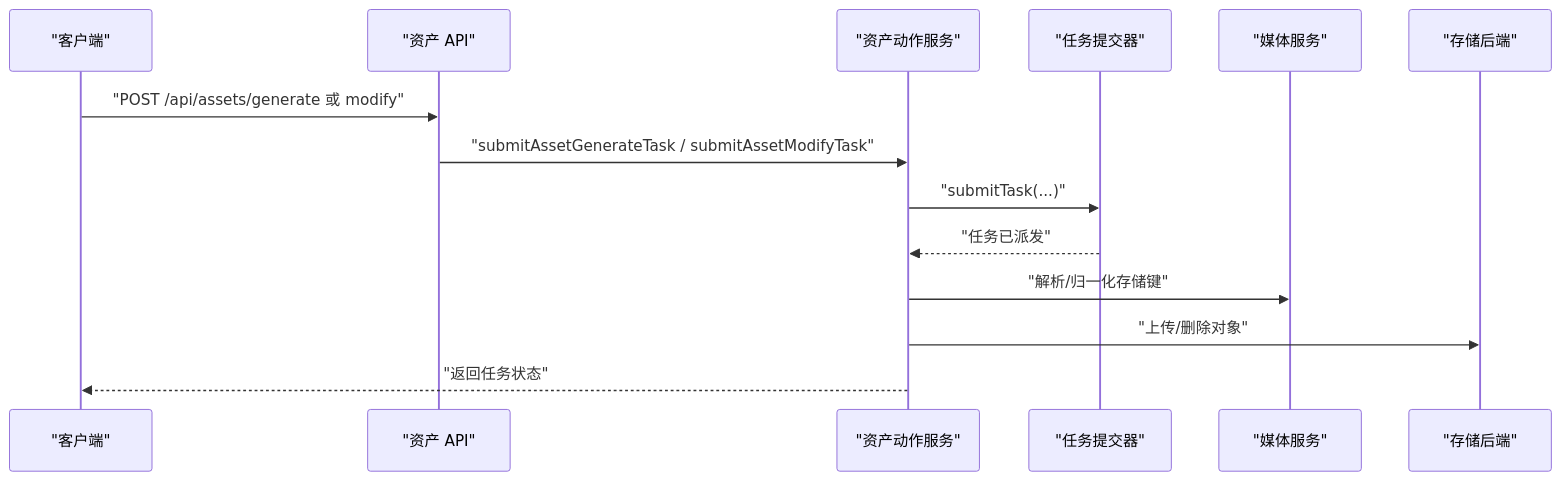
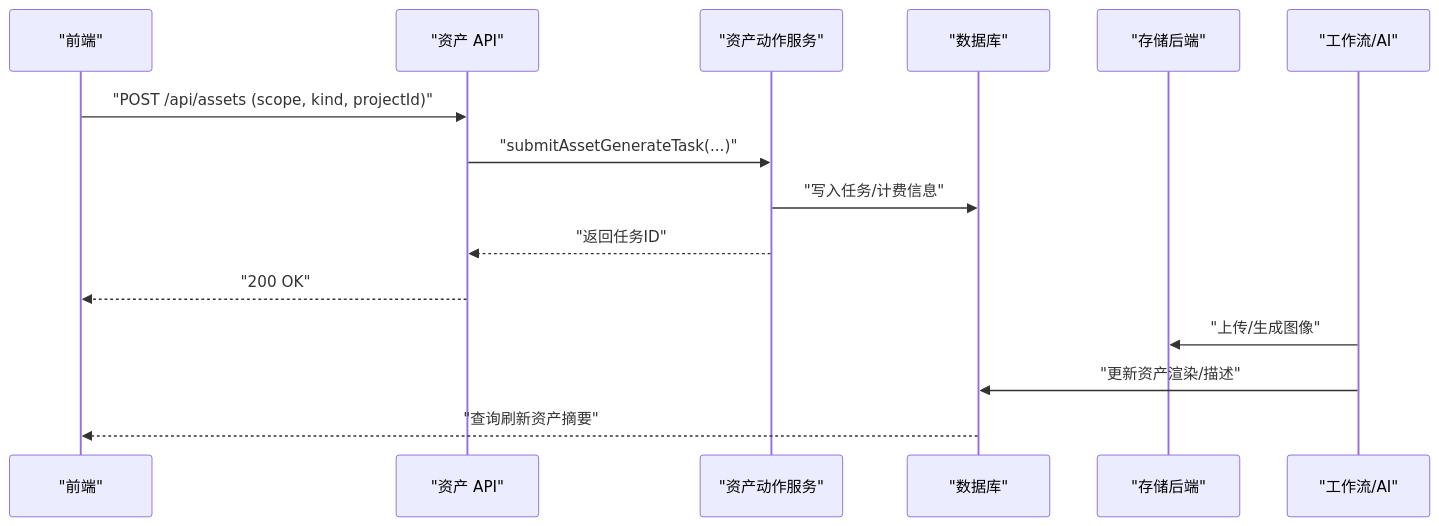
The second of 5 diagrams in .qoder/repowiki/zh/content/资产管理/资产管理.md (lyl2021/waoowaoo), drawn with Mermaid before and after one commit. The commit also changed other lines of this file and 25 other files, not shown here.

First line of the commit message:
fix: 图片生成最高质量 4K 支持与 LLM 视觉调用网络修复

````diff
--- a/.qoder/repowiki/zh/content/资产管理/资产管理.md
+++ b/.qoder/repowiki/zh/content/资产管理/资产管理.md
@@ -478,16 +125,17 @@
 ```mermaid
 sequenceDiagram
-participant Client as "客户端"
+participant FE as "前端"
 participant API as "资产 API"
-participant Actions as "资产动作服务"
-participant Task as "任务提交器"
-participant Media as "媒体服务"
+participant Svc as "资产动作服务"
+participant DB as "数据库"
 participant Store as "存储后端"
-Client->>API : "POST /api/assets/generate 或 modify"
-API->>Actions : "submitAssetGenerateTask / submitAssetModifyTask"
-Actions->>Task : "submitTask(...)"
-Task-->>Actions : "任务已派发"
-Actions->>Media : "解析/归一化存储键"
-Actions->>Store : "上传/删除对象"
-Actions-->>Client : "返回任务状态"
+participant Worker as "工作流/AI"
+FE->>API : "POST /api/assets (scope, kind, projectId)"
+API->>Svc : "submitAssetGenerateTask(...)"
+Svc->>DB : "写入任务/计费信息"
+Svc-->>API : "返回任务ID"
+API-->>FE : "200 OK"
+Worker->>Store : "上传/生成图像"
+Worker->>DB : "更新资产渲染/描述"
+DB-->>FE : "查询刷新资产摘要"
 ```
````
